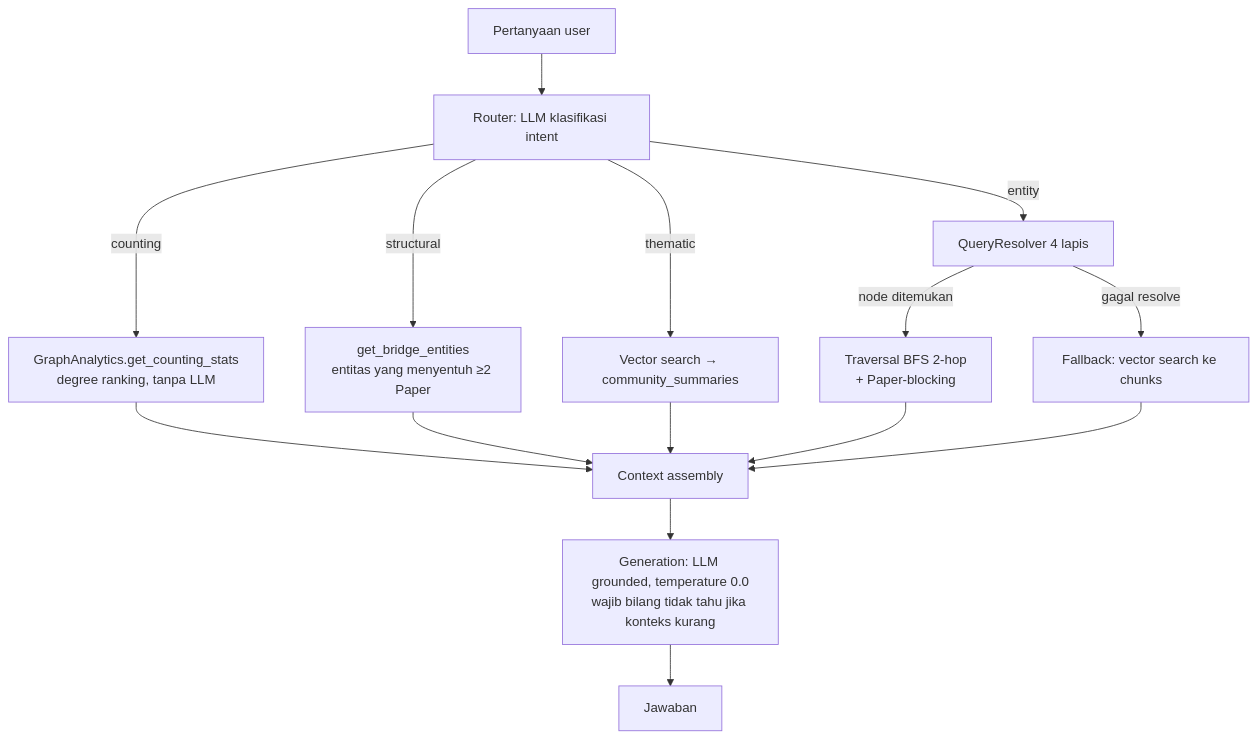
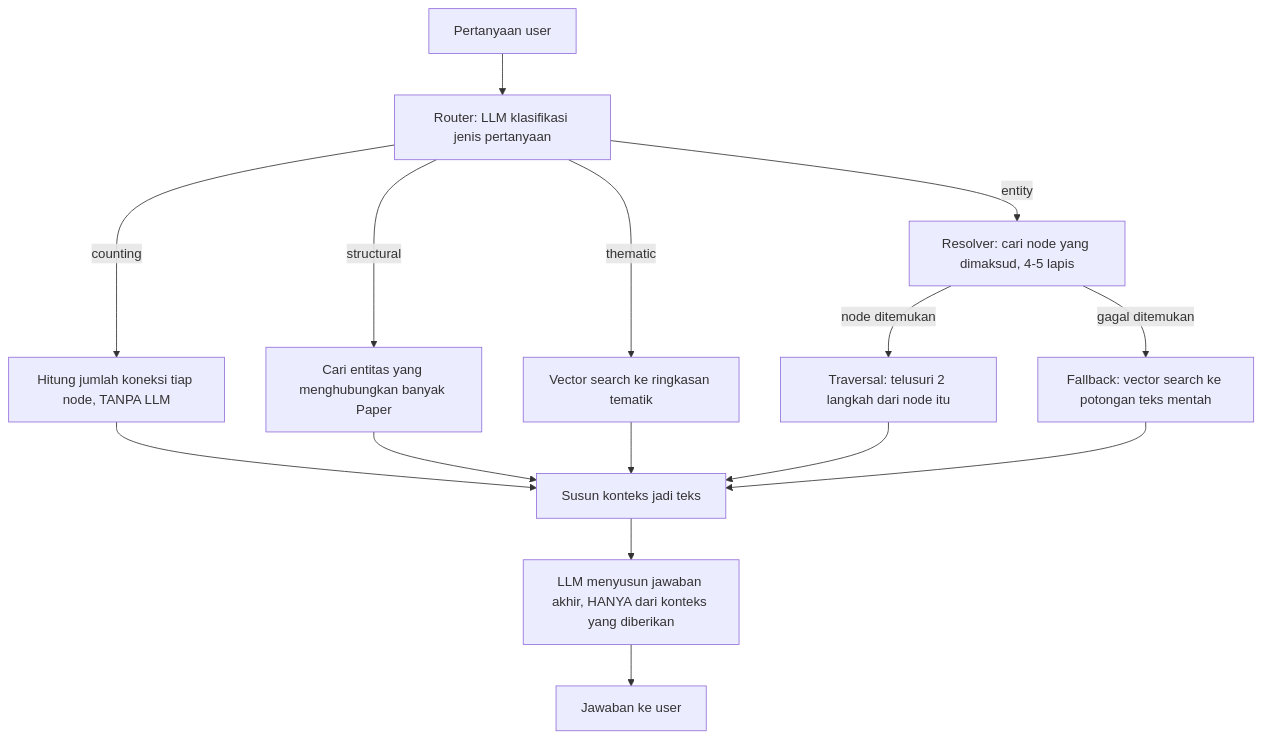
Before and after one commit to Adiieeee/PaperVisualizerV2.0: the second of 2 diagrams in LAPORAN_PROJECT.md, drawn with Mermaid. The commit also changed other lines of this file and 16 other files, not shown here.

````diff
--- a/LAPORAN_PROJECT.md
+++ b/LAPORAN_PROJECT.md
@@ -138,17 +196,17 @@
 ```mermaid
 flowchart TD
-    Q[Pertanyaan user] --> R[Router: LLM klasifikasi intent]
-    R -->|counting| C1[GraphAnalytics.get_counting_stats<br/>degree ranking, tanpa LLM]
-    R -->|structural| C2[get_bridge_entities<br/>entitas yang menyentuh ≥2 Paper]
-    R -->|thematic| C3[Vector search → community_summaries]
-    R -->|entity| C4[QueryResolver 4 lapis]
-    C4 -->|node ditemukan| T[Traversal BFS 2-hop<br/>+ Paper-blocking]
-    C4 -->|gagal resolve| V[Fallback: vector search ke chunks]
-    C1 --> X[Context assembly]
+    Q[Pertanyaan user] --> R[Router: LLM klasifikasi jenis pertanyaan]
+    R -->|counting| C1[Hitung jumlah koneksi tiap node, TANPA LLM]
+    R -->|structural| C2[Cari entitas yang menghubungkan banyak Paper]
+    R -->|thematic| C3[Vector search ke ringkasan tematik]
+    R -->|entity| C4[Resolver: cari node yang dimaksud, 4-5 lapis]
+    C4 -->|node ditemukan| T[Traversal: telusuri 2 langkah dari node itu]
+    C4 -->|gagal ditemukan| V[Fallback: vector search ke potongan teks mentah]
+    C1 --> X[Susun konteks jadi teks]
     C2 --> X
     C3 --> X
     T --> X
     V --> X
-    X --> G[Generation: LLM grounded, temperature 0.0<br/>wajib bilang tidak tahu jika konteks kurang]
-    G --> A[Jawaban]
+    X --> G[LLM menyusun jawaban akhir, HANYA dari konteks yang diberikan]
+    G --> A[Jawaban ke user]
 ```
````
